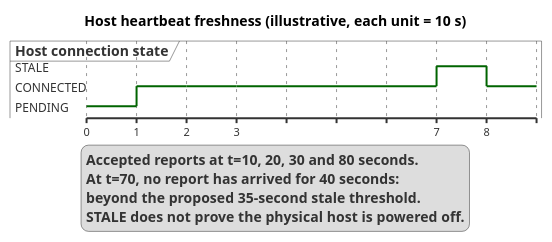
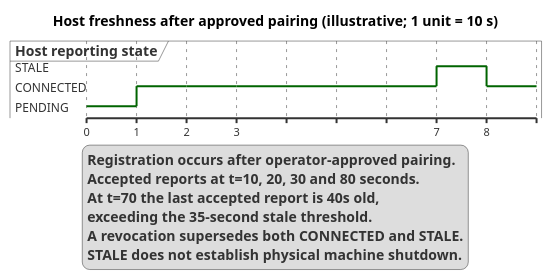
The diagram in docs/uml/plantuml/27_timing_heartbeat.puml (Adam-BArbia/fleetluma), drawn with PlantUML before and after one commit.

Commit message:
docs(FL-31): reconcile remaining package and workflow UML 27_timing_heartbeat.puml

```diff
--- a/docs/uml/plantuml/27_timing_heartbeat.puml
+++ b/docs/uml/plantuml/27_timing_heartbeat.puml
@@ -1,22 +1,24 @@
 @startuml 27_timing_heartbeat
-title Host heartbeat freshness (illustrative, each unit = 10 s)
-robust "Host connection state" as H
+title Host freshness after approved pairing (illustrative; 1 unit = 10 s)
+robust "Host reporting state" as H
 @0
 H is PENDING
 @1
 H is CONNECTED
 @2
 H is CONNECTED
 @3
 H is CONNECTED
 @7
 H is STALE
 @8
 H is CONNECTED
 legend bottom
+  Registration occurs after operator-approved pairing.
   Accepted reports at t=10, 20, 30 and 80 seconds.
-  At t=70, no report has arrived for 40 seconds:
-  beyond the proposed 35-second stale threshold.
-  STALE does not prove the physical host is powered off.
+  At t=70 the last accepted report is 40s old,
+  exceeding the 35-second stale threshold.
+  A revocation supersedes both CONNECTED and STALE.
+  STALE does not establish physical machine shutdown.
 endlegend
 @enduml
```
